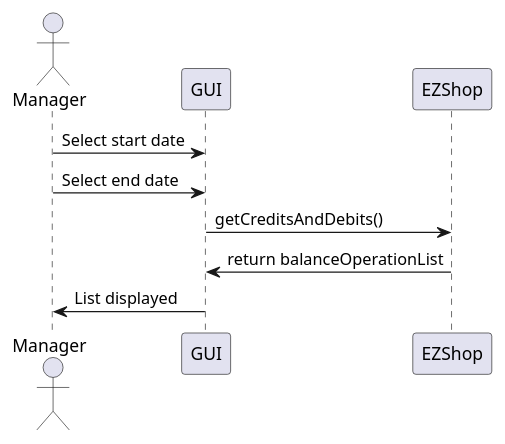
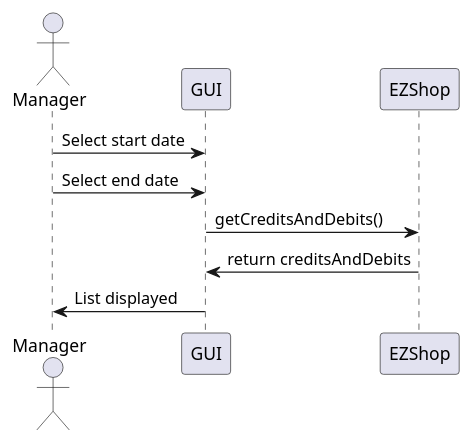
Diagram 18 of 19 in Deliverables/DesignDocument.md (ThePiromaximus/ezshop), drawn with PlantUML before and after one commit. The commit also changed other lines of this file, not shown here.

````diff
--- a/Deliverables/DesignDocument.md
+++ b/Deliverables/DesignDocument.md
@@ -555,10 +558,10 @@
 ```plantuml
 @startuml
 actor Manager
 Manager -> GUI : Select start date
 Manager -> GUI : Select end date
 GUI -> EZShop : getCreditsAndDebits()
-EZShop -> GUI : return balanceOperationList
+EZShop -> GUI : return creditsAndDebits
 GUI -> Manager : List displayed
 @enduml
 ```
````
